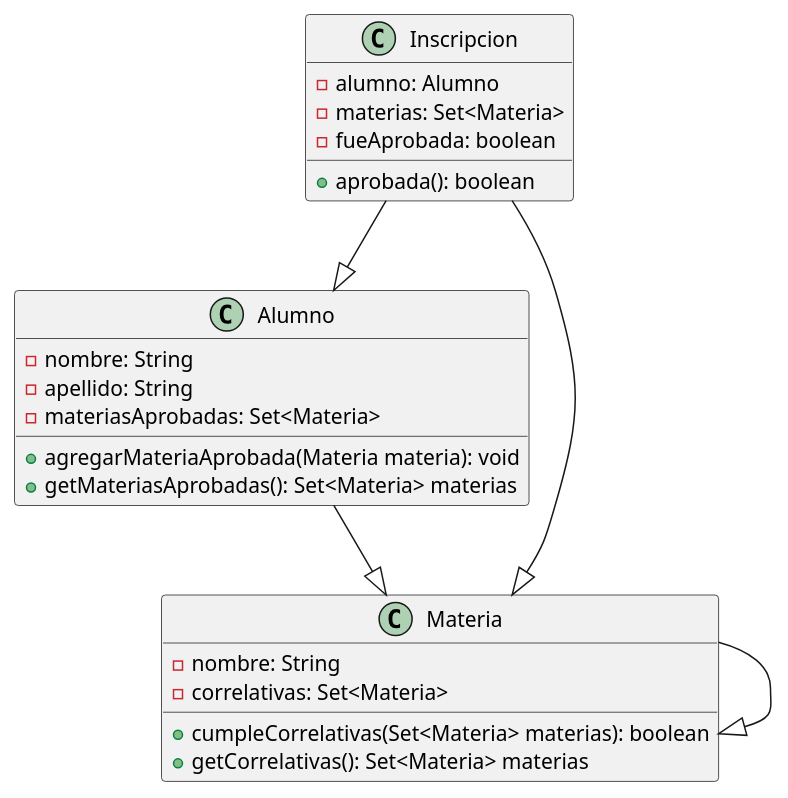
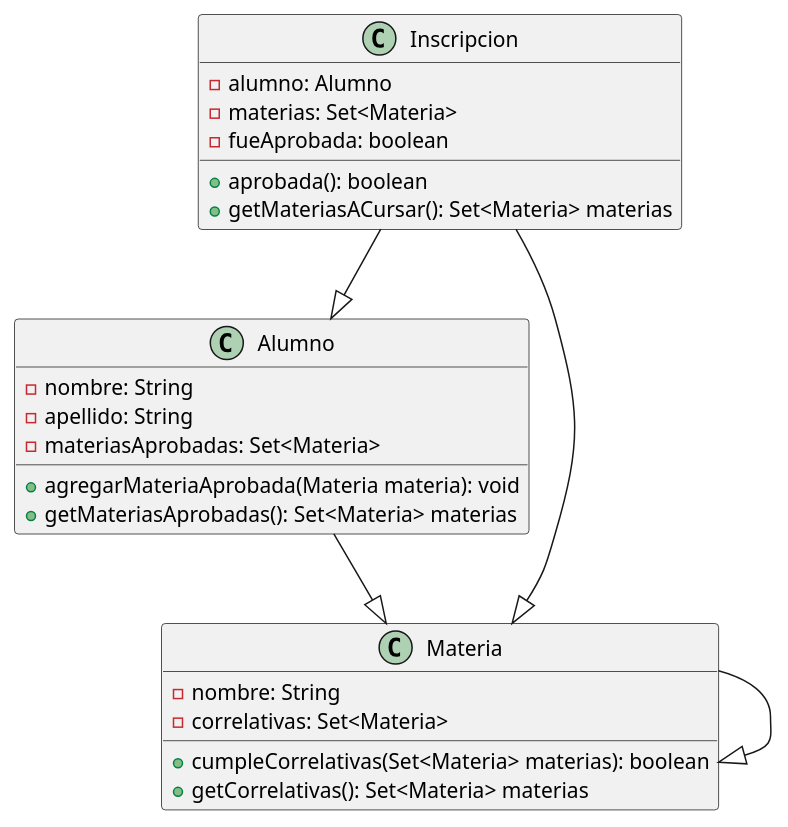
One commit to MarianelaBen/ValidadorCorrelativas changed the diagram in Diagrama.puml. Above: the diagram before and after it, drawn with PlantUML.

Commit message:
agrego un method a la clase Inscripción en el diagrama de clases

```diff
--- a/Diagrama.puml
+++ b/Diagrama.puml
@@ -1,33 +1,35 @@
 @startuml
 class Inscripcion{
     - alumno: Alumno
     - materias: Set<Materia>
     - fueAprobada: boolean
 
     +aprobada(): boolean
+    +getMateriasACursar(): Set<Materia> materias
+
 }
 
 class Alumno{
     - nombre: String
     - apellido: String
     - materiasAprobadas: Set<Materia>
 
     + agregarMateriaAprobada(Materia materia): void
     + getMateriasAprobadas(): Set<Materia> materias
 
 }
 
 class Materia{
     - nombre: String
     - correlativas: Set<Materia>
 
     + cumpleCorrelativas(Set<Materia> materias): boolean
     + getCorrelativas(): Set<Materia> materias
 }
 
 Inscripcion --|> Alumno
 Inscripcion --|> Materia
 Alumno --|> Materia
 Materia --|> Materia
 
 @enduml
```
